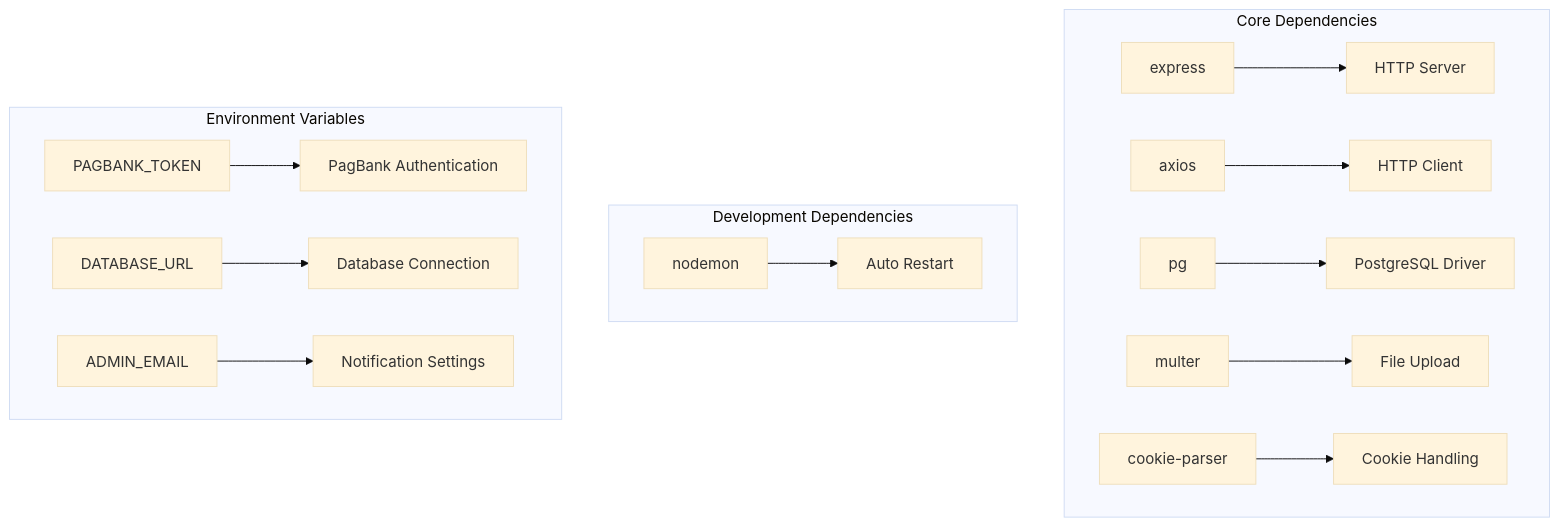
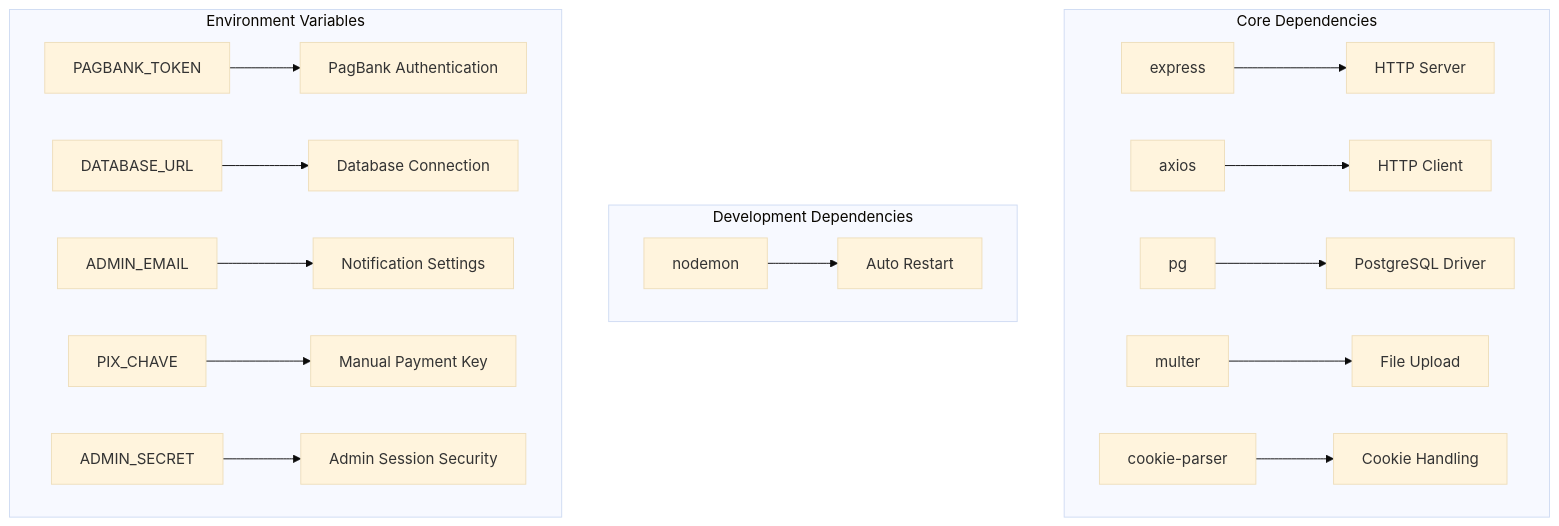
One commit to Alexandrexicara/qretiquetas.com changed diagram 12 of 14 in .qoder/repowiki/en/content/Payment System Architecture/Payment System Architecture.md. Above: the diagram before and after it, drawn with Mermaid (base theme). The commit also changed other lines of this file and 6 other files, not shown here.

````diff
--- a/.qoder/repowiki/en/content/Payment System Architecture/Payment System Architecture.md
+++ b/.qoder/repowiki/en/content/Payment System Architecture/Payment System Architecture.md
@@ -248,18 +466,20 @@
 ```mermaid
 graph TB
 subgraph "Core Dependencies"
 A[express] --> B[HTTP Server]
 C[axios] --> D[HTTP Client]
 E[pg] --> F[PostgreSQL Driver]
 G[multer] --> H[File Upload]
 I[cookie-parser] --> J[Cookie Handling]
 end
 subgraph "Development Dependencies"
 K[nodemon] --> L[Auto Restart]
 end
 subgraph "Environment Variables"
 M[PAGBANK_TOKEN] --> N[PagBank Authentication]
 O[DATABASE_URL] --> P[Database Connection]
 Q[ADMIN_EMAIL] --> R[Notification Settings]
+S[PIX_CHAVE] --> T[Manual Payment Key]
+U[ADMIN_SECRET] --> V[Admin Session Security]
 end
 ```
````
